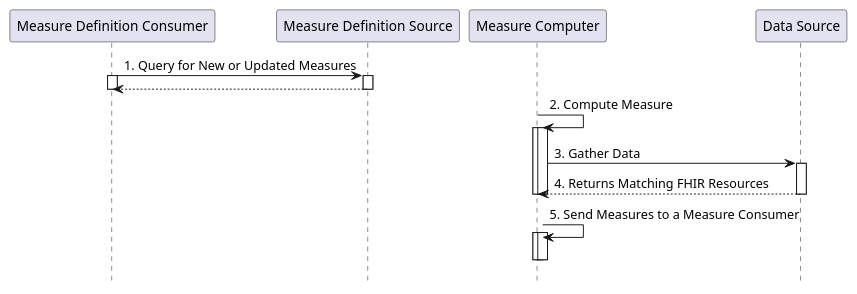
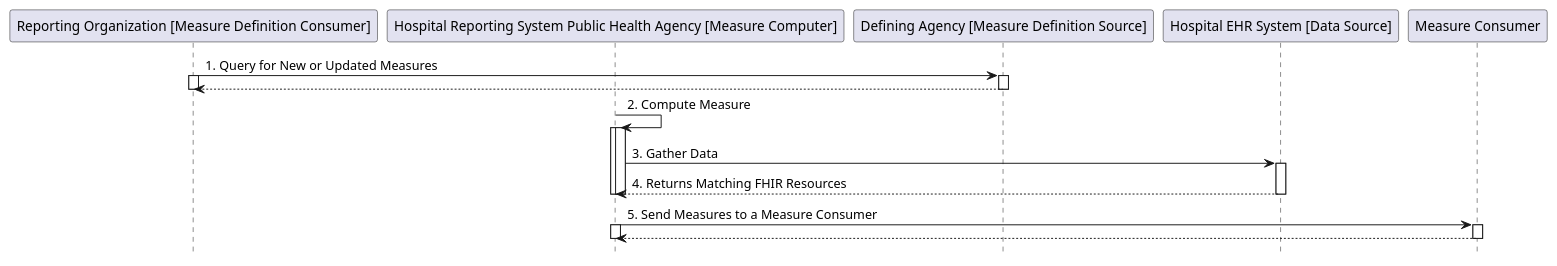
The diagram in input/images-source/usecase4-processflow.plantuml (HL7/fhir-saner), drawn with PlantUML before and after one commit. The commit also changed 65 other files, not shown here.

```diff
--- a/input/images-source/usecase4-processflow.plantuml
+++ b/input/images-source/usecase4-processflow.plantuml
@@ -1,27 +1,29 @@
 @startuml
 hide footbox
-participant "Measure Definition Consumer" as MeasureDefinitionConsumer
-participant "Measure Definition Source" as MeasureDefinitionSource
-participant "Measure Computer" as MeasureComputer
-participant "Data Source" as DataSource
+participant "Reporting Organization [Measure Definition Consumer]" as MeasureDefinitionConsumer
+participant "Hospital Reporting System Public Health Agency [Measure Computer]" as MeasureComputer
+participant "Defining Agency [Measure Definition Source]" as MeasureDefinitionSource
+participant "Hospital EHR System [Data Source]" as DataSource
+participant "Measure Consumer" as MeasureConsumer
 "MeasureDefinitionConsumer" -> "MeasureDefinitionSource" : 1. Query for New or Updated Measures
 activate "MeasureDefinitionConsumer"
 activate "MeasureDefinitionSource"
 return
 deactivate "MeasureDefinitionConsumer"
 deactivate "MeasureDefinitionSource"
 "MeasureComputer" -> "MeasureComputer" : 2. Compute Measure
 activate "MeasureComputer"
 activate "MeasureComputer"
 "MeasureComputer" -> "DataSource" : 3. Gather Data
 activate "DataSource"
 "DataSource" --> "MeasureComputer" : 4. Returns Matching FHIR Resources
 deactivate "DataSource"
 deactivate "MeasureComputer"
 deactivate "MeasureComputer"
-"MeasureComputer" -> "MeasureComputer" : 5. Send Measures to a Measure Consumer
+"MeasureComputer" -> "MeasureConsumer" : 5. Send Measures to a Measure Consumer
 activate "MeasureComputer"
-activate "MeasureComputer"
+activate "MeasureConsumer"
+return
 deactivate "MeasureComputer"
-deactivate "MeasureComputer"
+deactivate "MeasureConsumer"
 @enduml
```
